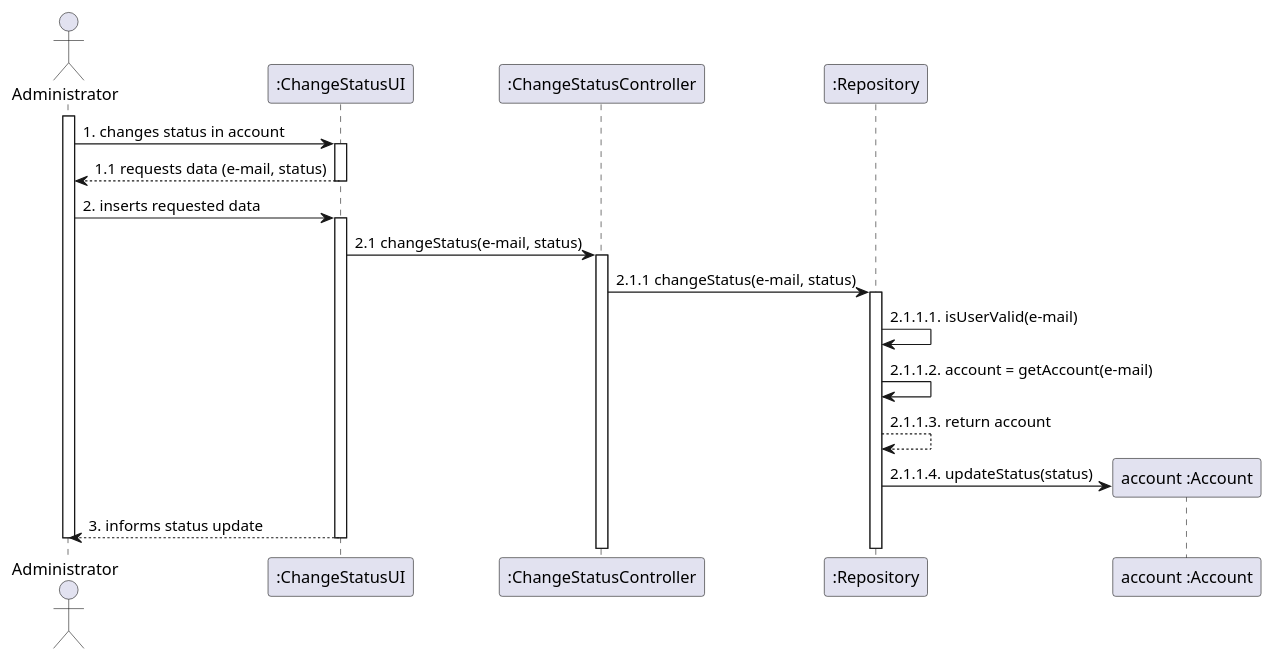
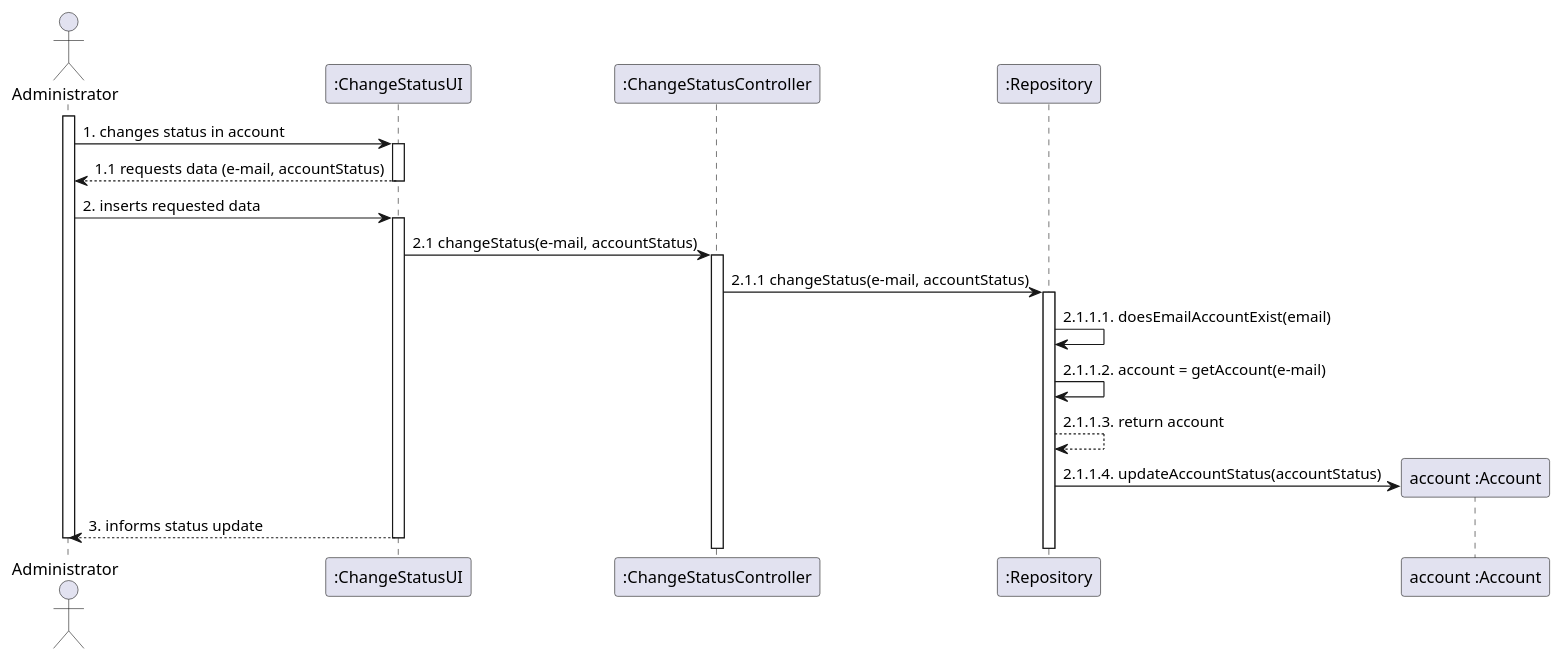
One commit to Loracline/project_switch_22-23 changed the diagram in docs/modelling_design/user_stories/us005/US005_Sequence_Diagram.puml. Above: the diagram before and after it, drawn with PlantUML. The commit also changed 7 other files, not shown here.

Commit message:
[US005 / US006] | Refinement of Account and Repository classes | Creation of updateAccountStatus method & doesEmailAccountExist method | Getter and Setter methods needed | Tests (not finished) | Update of Class Diagram and Sequence Diagram

```diff
--- a/docs/modelling_design/user_stories/us005/US005_Sequence_Diagram.puml
+++ b/docs/modelling_design/user_stories/us005/US005_Sequence_Diagram.puml
@@ -2,29 +2,29 @@
 @startuml
 
 actor "Administrator"
 participant ":ChangeStatusUI" as caUi
 participant ":ChangeStatusController" as cac
 participant ":Repository" as repository
 participant "account :Account" as account
 
 activate Administrator
 Administrator  -> caUi : 1. changes status in account
 activate caUi
-caUi --> Administrator: 1.1 requests data (e-mail, status)
+caUi --> Administrator: 1.1 requests data (e-mail, accountStatus)
 deactivate caUi
 Administrator -> caUi: 2. inserts requested data
 activate caUi
-caUi -> cac: 2.1 changeStatus(e-mail, status)
+caUi -> cac: 2.1 changeStatus(e-mail, accountStatus)
 activate cac
-cac -> repository: 2.1.1 changeStatus(e-mail, status)
+cac -> repository: 2.1.1 changeStatus(e-mail, accountStatus)
 activate repository
-repository -> repository: 2.1.1.1. isUserValid(e-mail)
+repository -> repository: 2.1.1.1. doesEmailAccountExist(email)
 repository -> repository: 2.1.1.2. account = getAccount(e-mail)
 repository --> repository: 2.1.1.3. return account
 create account
-repository -> account :2.1.1.4. updateStatus(status)
+repository -> account :2.1.1.4. updateAccountStatus(accountStatus)
 caUi--> Administrator: 3. informs status update
 deactivate Administrator
 deactivate caUi
 
 @enduml
```
